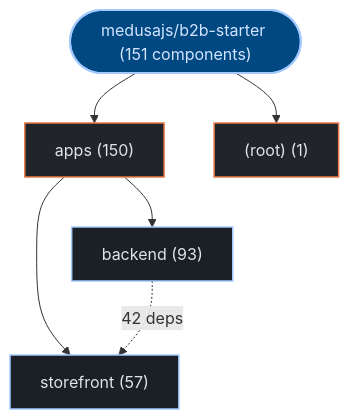
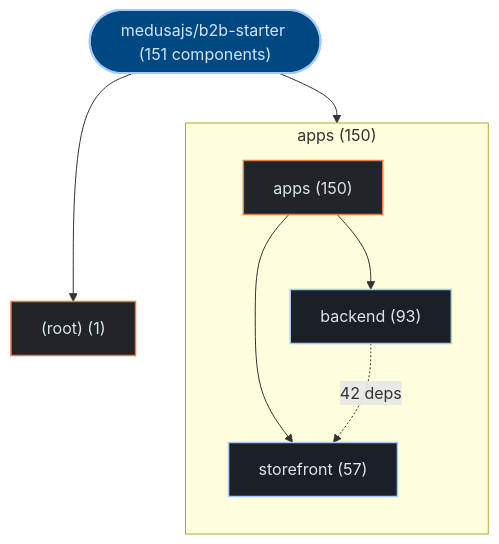
One commit to kumarshaz/atruss-code-atlas changed the first of 2 diagrams in exports/latest/reports/medusajs-b2b-starter-report.md. Above: the diagram before and after it, drawn with Mermaid. The commit also changed 178 other files, not shown here.

Commit message:
feat(ui,mermaid): upgrade to mermaid v12 + ELK layout, add orgs-summary + pagination, subgraph building blocks, fix tab alignment

````diff
--- a/exports/latest/reports/medusajs-b2b-starter-report.md
+++ b/exports/latest/reports/medusajs-b2b-starter-report.md
@@ -42,20 +42,23 @@
 ```mermaid
 graph TD;
   classDef atlasRoot fill:#004882,stroke:#a3c9ff,stroke-width:2px,color:#d3e4ff
   classDef atlasCategory fill:#212428,stroke:#E87A48,stroke-width:1.5px,color:#dfe3eb
   classDef atlasWorkflow fill:#1b2026,stroke:#a3c9ff,stroke-width:1.5px,color:#dfe3eb
   classDef atlasJob fill:#171c22,stroke:#8d9199,stroke-width:1px,color:#dfe3eb
   classDef atlasTarget fill:#005227,stroke:#8bd99b,stroke-width:1.5px,color:#a7f6b6
   classDef atlasAlert fill:#93000a,stroke:#ffb4ab,stroke-width:1.5px,color:#ffdad6
   classDef atlasMore fill:#252a31,stroke:#8d9199,stroke-dasharray:4 4,color:#c3c6cf
     repo_root(["medusajs/b2b-starter (151 components)"]):::atlasRoot
-    dir_0_apps["apps (150)"]:::atlasCategory
+    subgraph sg_dir_0_apps["apps (150)"]
+      direction TB
+      dir_0_apps["apps (150)"]:::atlasCategory
+      sub_0_0_backend["backend (93)"]:::atlasWorkflow
+      dir_0_apps --> sub_0_0_backend
+      sub_0_1_storefront["storefront (57)"]:::atlasWorkflow
+      dir_0_apps --> sub_0_1_storefront
+    end
     repo_root --> dir_0_apps
-    sub_0_0_backend["backend (93)"]:::atlasWorkflow
-    dir_0_apps --> sub_0_0_backend
-    sub_0_1_storefront["storefront (57)"]:::atlasWorkflow
-    dir_0_apps --> sub_0_1_storefront
     dir_1__root_["(root) (1)"]:::atlasCategory
     repo_root --> dir_1__root_
     sub_0_0_backend -.->|"42 deps"| sub_0_1_storefront
 ```
````
